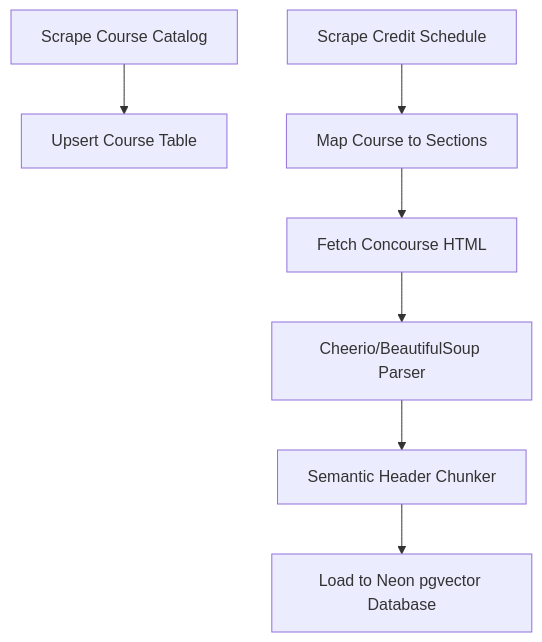
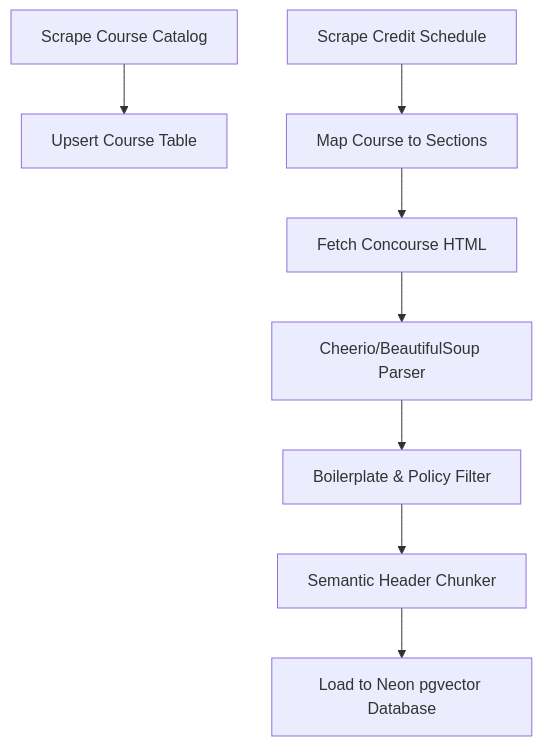
One commit to netflix2023/success-coach-chatbot changed the diagram in docs/ISSUE_12_ACADEMIC_DATA_MAP.md. Above: the diagram before and after it, drawn with Mermaid. The commit also changed other lines of this file, not shown here.

Commit message:
feat: refine data separation and add policy filtering to academic mapping

````diff
--- a/docs/ISSUE_12_ACADEMIC_DATA_MAP.md
+++ b/docs/ISSUE_12_ACADEMIC_DATA_MAP.md
@@ -140,9 +150,10 @@
 ```mermaid
 flowchart TD
     Catalog[Scrape Course Catalog] --> DB_Course[Upsert Course Table]
     Schedule[Scrape Credit Schedule] --> Map_Section[Map Course to Sections]
     Map_Section --> Download[Fetch Concourse HTML]
     Download --> Parser[Cheerio/BeautifulSoup Parser]
-    Parser --> Chunk[Semantic Header Chunker]
+    Parser --> Filter[Boilerplate & Policy Filter]
+    Filter --> Chunk[Semantic Header Chunker]
     Chunk --> VectorDB[Load to Neon pgvector Database]
 ```
````
